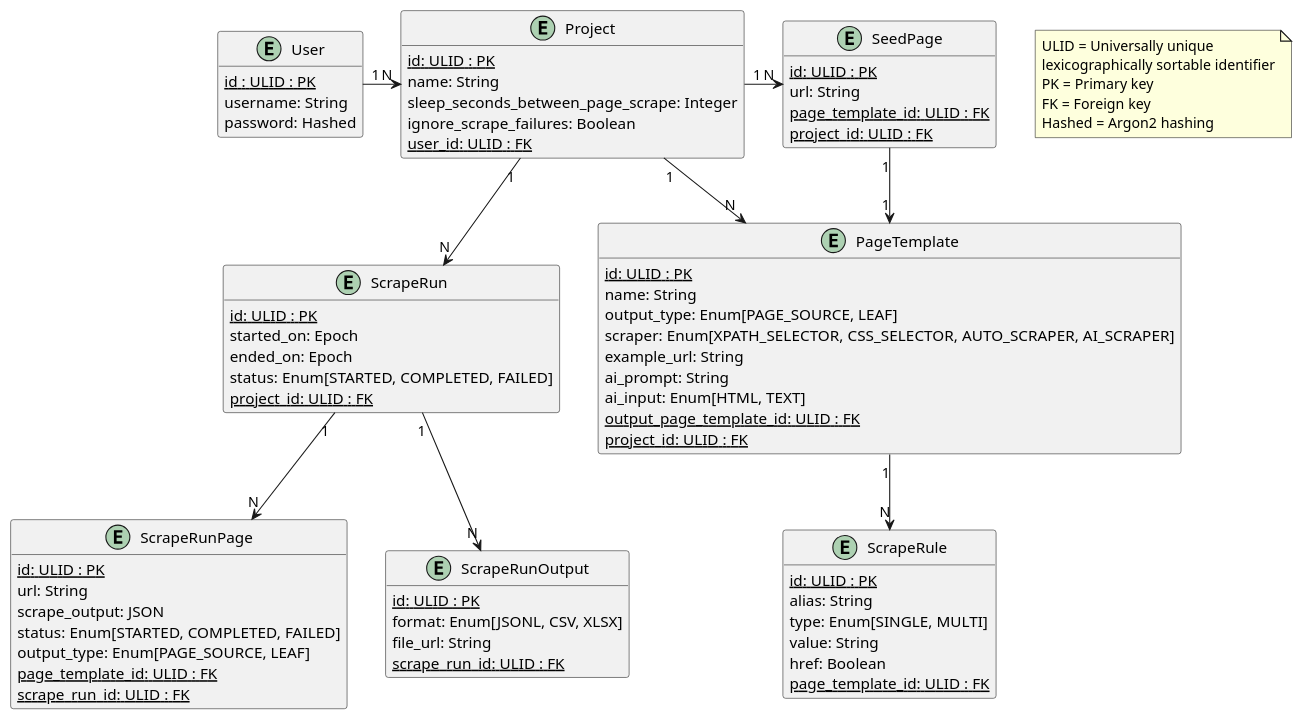
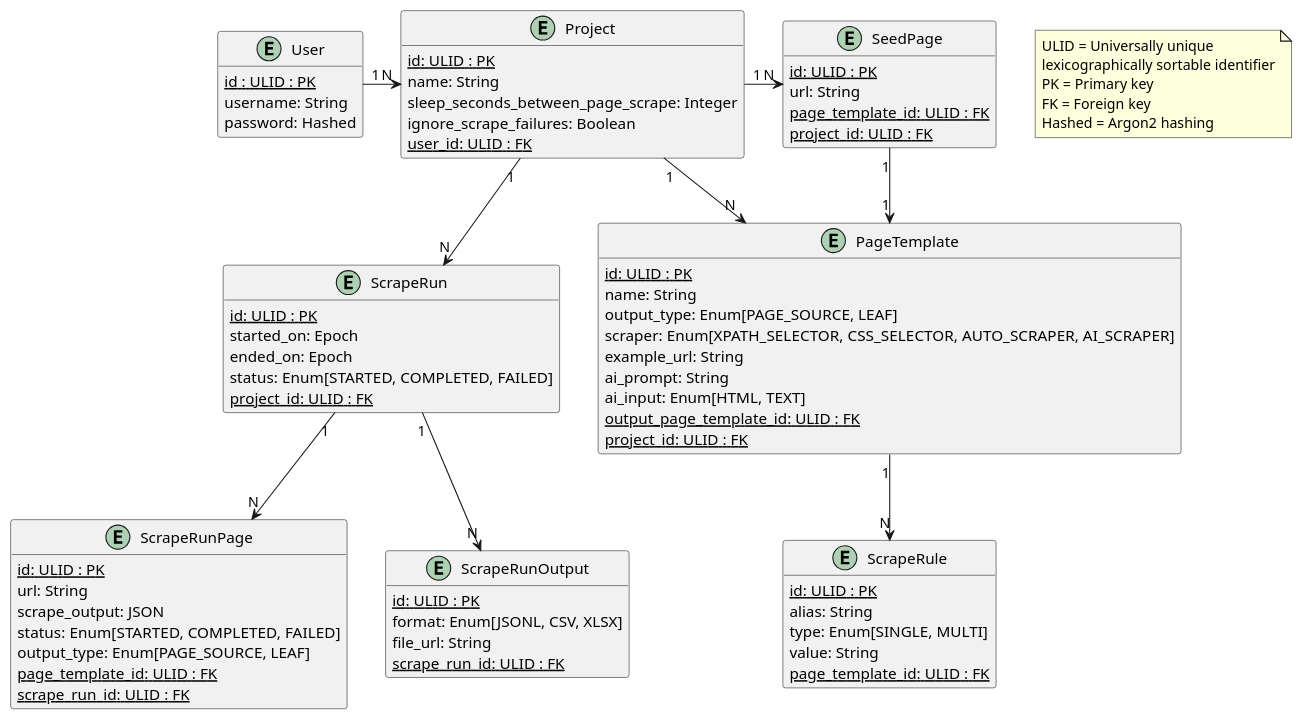
The diagram in docs/plantuml/src/db-schema.plantuml (tejas0908/EasyScraper), drawn with PlantUML before and after one commit. The commit also changed 15 other files, not shown here.

```diff
--- a/docs/plantuml/src/db-schema.plantuml
+++ b/docs/plantuml/src/db-schema.plantuml
@@ -1,88 +1,87 @@
 @startuml
 entity User {
     {static} id : ULID : PK
     username: String
     password: Hashed
 }
 entity Project {
     {static} id: ULID : PK
     name: String
     sleep_seconds_between_page_scrape: Integer
     ignore_scrape_failures: Boolean
     {static} user_id: ULID : FK
 }
 entity PageTemplate {
     {static} id: ULID : PK
     name: String
     output_type: Enum[PAGE_SOURCE, LEAF]
     scraper: Enum[XPATH_SELECTOR, CSS_SELECTOR, AUTO_SCRAPER, AI_SCRAPER]
     example_url: String
     ai_prompt: String
     ai_input: Enum[HTML, TEXT]
     {static} output_page_template_id: ULID : FK
     {static} project_id: ULID : FK
 }
 entity ScrapeRule {
     {static} id: ULID : PK
     alias: String
     type: Enum[SINGLE, MULTI]
     value: String
-    href: Boolean
     {static} page_template_id: ULID : FK
 }
 entity SeedPage {
     {static} id: ULID : PK
     url: String
     {static} page_template_id: ULID : FK
     {static} project_id: ULID : FK
 }
 entity ScrapeRun {
     {static} id: ULID : PK
     started_on: Epoch
     ended_on: Epoch
     status: Enum[STARTED, COMPLETED, FAILED]
     {static} project_id: ULID : FK
 }
 entity ScrapeRunPage {
     {static} id: ULID : PK
     url: String
     scrape_output: JSON
     status: Enum[STARTED, COMPLETED, FAILED]
     output_type: Enum[PAGE_SOURCE, LEAF]
     {static} page_template_id: ULID : FK
     {static} scrape_run_id: ULID : FK
 }
 entity ScrapeRunOutput {
     {static} id: ULID : PK
     format: Enum[JSONL, CSV, XLSX]
     file_url: String
     {static} scrape_run_id: ULID : FK
 }
 
 User "1" -right-> "N" Project
 Project "1" -down-> "N" PageTemplate
 Project "1" -right-> "N" SeedPage
 SeedPage "1" -down-> "1" PageTemplate
 PageTemplate "1" --> "N" ScrapeRule
 Project "1" --> "N" ScrapeRun
 ScrapeRun "1" --> "N" ScrapeRunPage
 ScrapeRun "1" --> "N" ScrapeRunOutput
 
 hide User methods
 hide Project methods
 hide PageTemplate methods
 hide SeedPage methods
 hide ScrapeRule methods
 hide ScrapeRun methods
 hide ScrapeRunPage methods
 hide ScrapeRunOutput methods
 
 note as N1
     ULID = Universally unique 
     lexicographically sortable identifier
     PK = Primary key
     FK = Foreign key
     Hashed = Argon2 hashing
 end note
 
 @enduml
```
